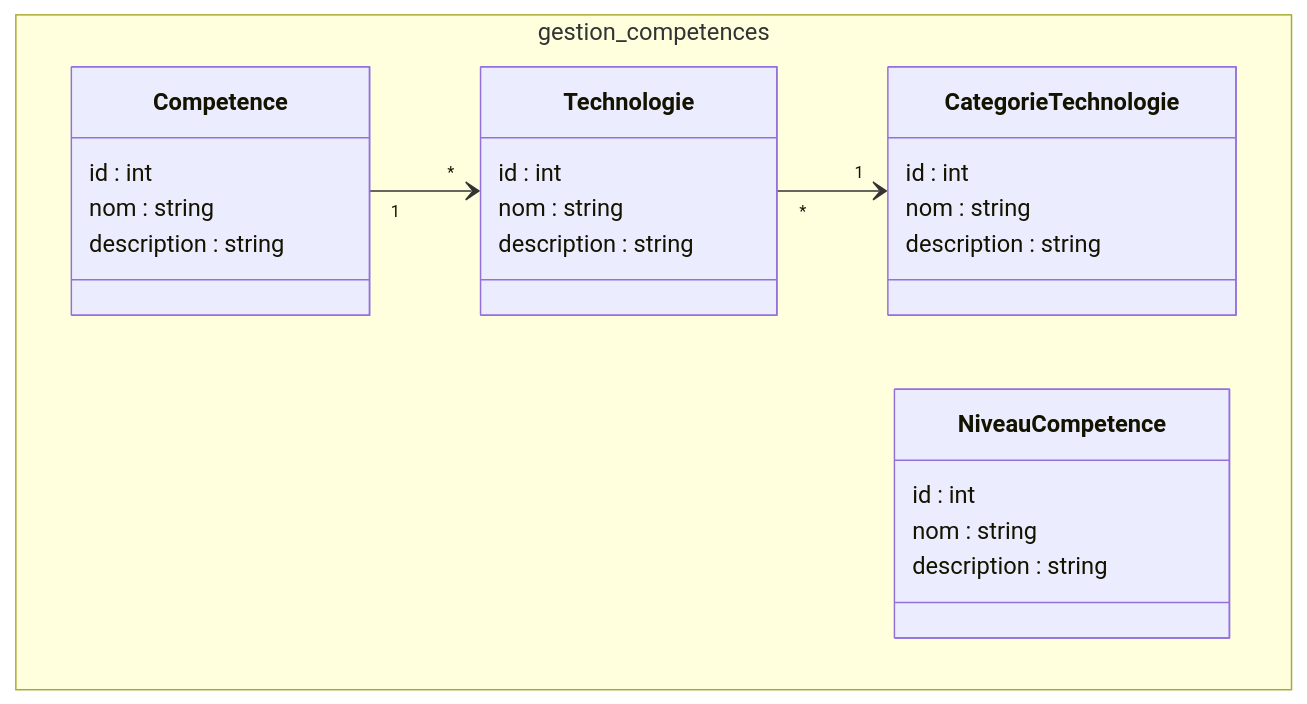
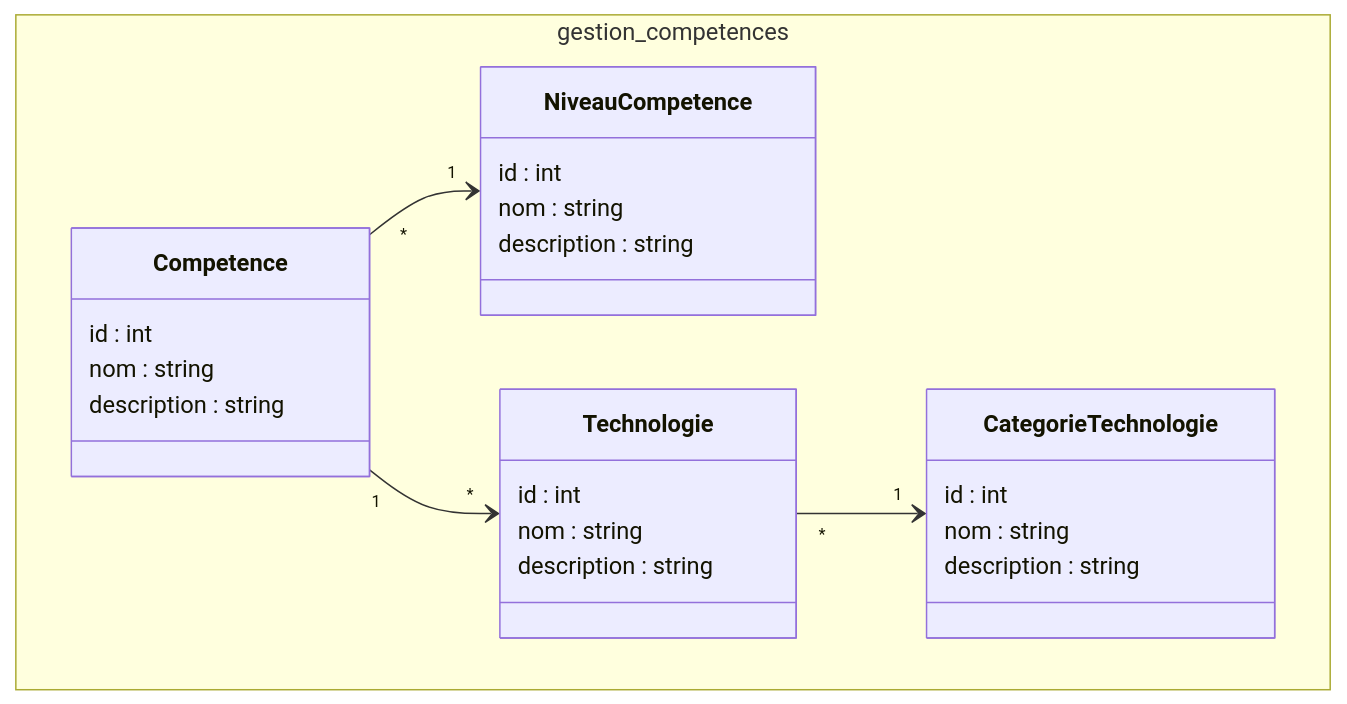
One commit to labs-web/prototype changed the diagram in modélisation/pkg_competences/classes_pkg_competences.mmd. Above: the diagram before and after it, drawn with Mermaid. The commit also changed 175 other files, not shown here.

```diff
--- a/modélisation/pkg_competences/classes_pkg_competences.mmd
+++ b/modélisation/pkg_competences/classes_pkg_competences.mmd
@@ -1,29 +1,29 @@
 classDiagram
 
 namespace gestion_competences {
 class Competence {
   id : int
   nom : string
   description : string
 }
 class NiveauCompetence {
   id : int
   nom : string
   description : string
 }
 class Technologie {
   id : int
   nom : string
   description : string
 }
 
 class CategorieTechnologie {
   id : int
   nom : string
   description : string
 }
 }
 
-
+Competence "*" --> "1" NiveauCompetence
 Competence "1" --> "*" Technologie 
 Technologie "*" --> "1" CategorieTechnologie
```
